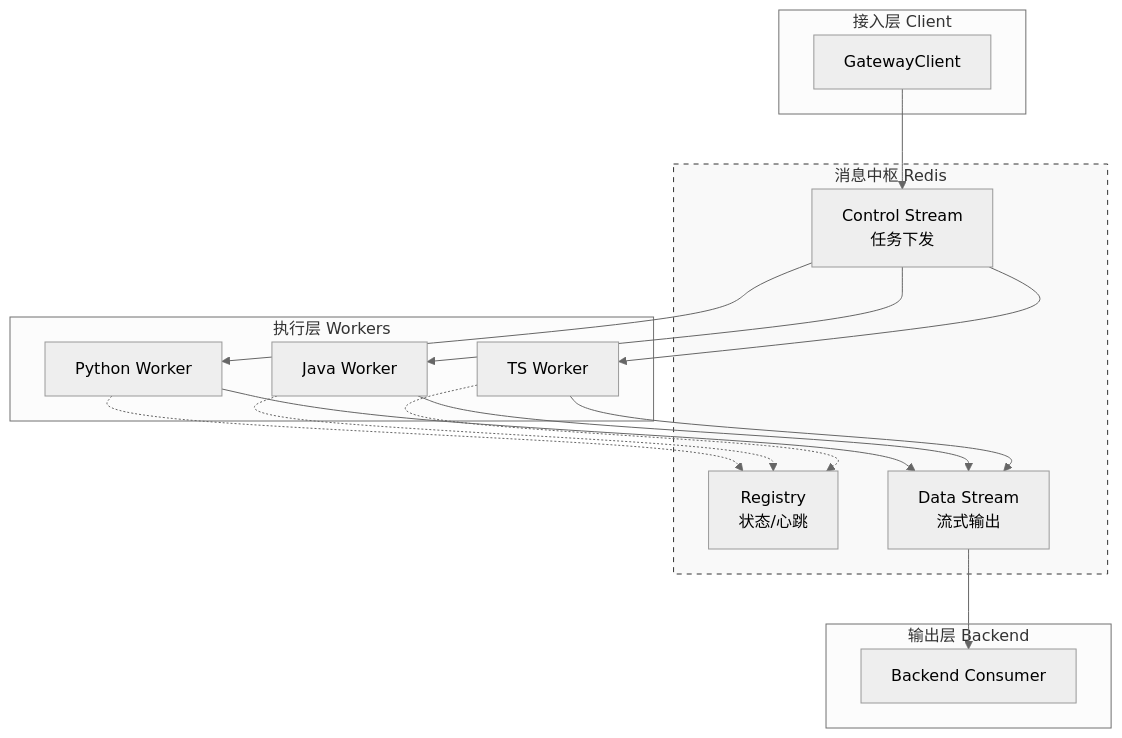
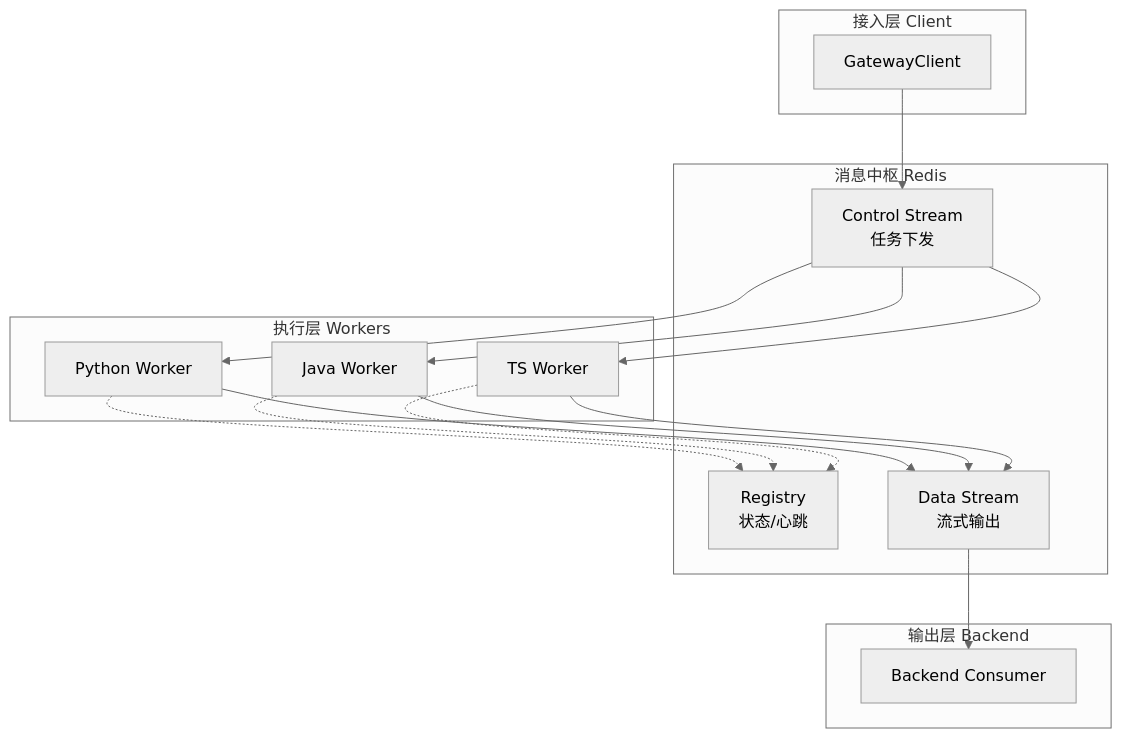
The diagram in docs/index.md (beyonai/by-framework-docs), drawn with Mermaid (neutral theme) before and after one commit. The commit also changed other lines of this file and 46 other files, not shown here.

````diff
--- a/docs/index.md
+++ b/docs/index.md
@@ -99,39 +99,38 @@
 ```mermaid
 graph TD
     subgraph ClientLayer [接入层 Client]
         GC["GatewayClient"]
     end
 
     subgraph MessagingLayer [消息中枢 Redis]
         CS["Control Stream<br/>任务下发"]
         RS["Registry<br/>状态/心跳"]
         DS["Data Stream<br/>流式输出"]
     end
 
     subgraph ExecutionLayer [执行层 Workers]
         W1["Python Worker"]
         W2["Java Worker"]
         W3["TS Worker"]
     end
 
     subgraph ConsumerLayer [输出层 Backend]
         BE["Backend Consumer"]
     end
 
     GC --> CS
     CS --> W1
     CS --> W2
     CS --> W3
     
     W1 -.-> RS
     W2 -.-> RS
     W3 -.-> RS
     
     W1 --> DS
     W2 --> DS
     W3 --> DS
     
     DS --> BE
     
-    style MessagingLayer fill:#f9f9f9,stroke:#333,stroke-dasharray: 5,5
 ```
````
